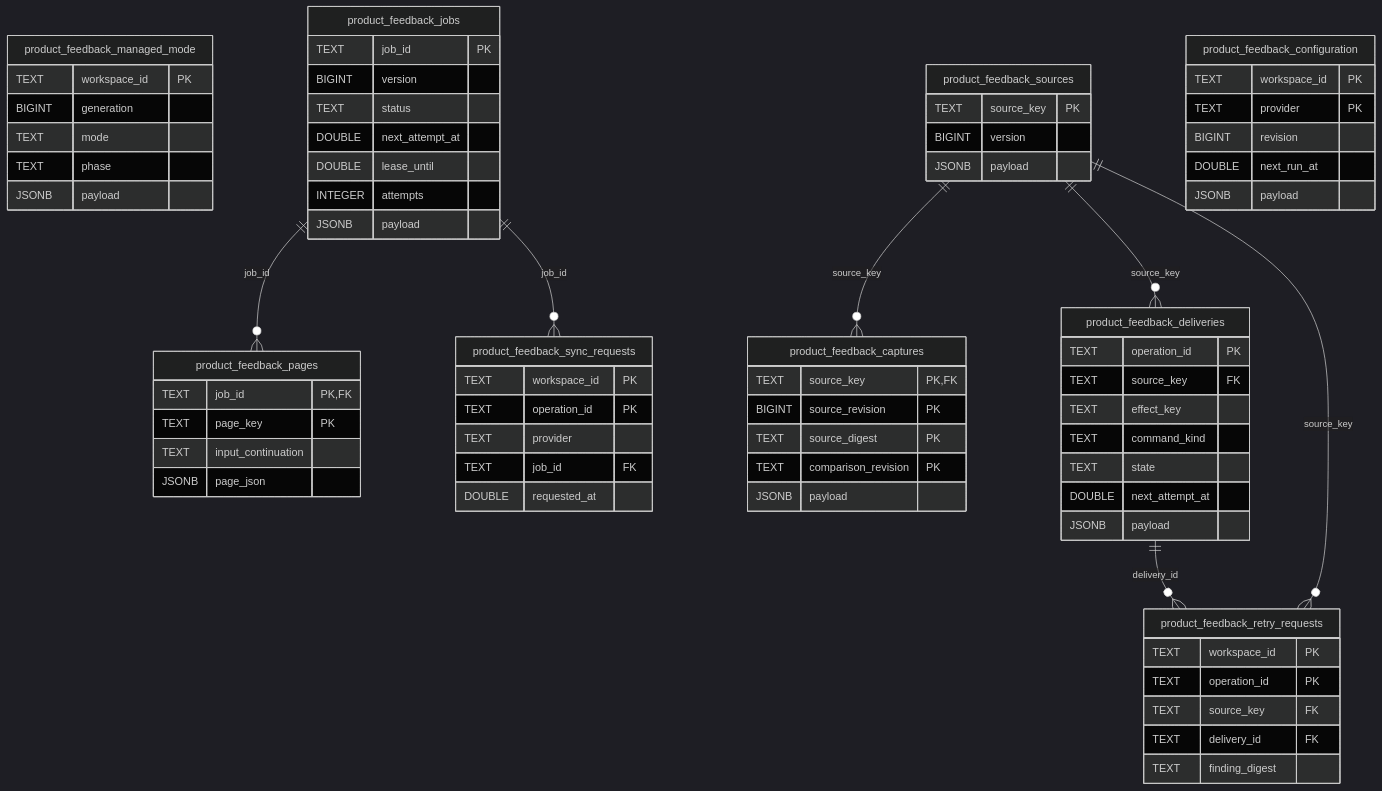
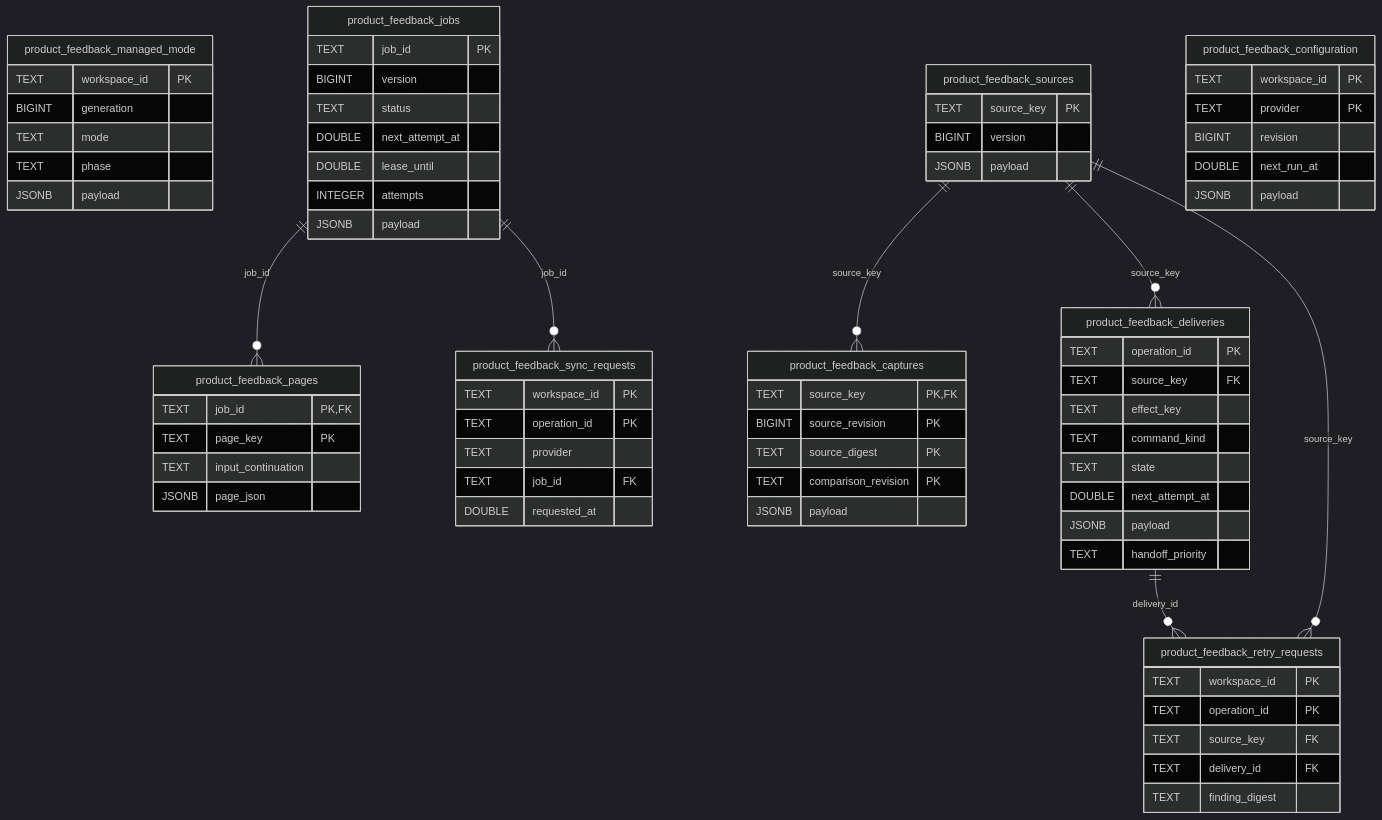
Before and after one commit to aaweaver-actuary/tempo: the second of 2 diagrams in database/tempo_legacy_database/schema/product-game-sync/README.md, drawn with Mermaid (dark theme). The commit also changed other lines of this file and 6 other files, not shown here.

````diff
--- a/database/tempo_legacy_database/schema/product-game-sync/README.md
+++ b/database/tempo_legacy_database/schema/product-game-sync/README.md
@@ -59,73 +59,74 @@
 ```mermaid
 erDiagram
   product_feedback_managed_mode {
     TEXT workspace_id PK
     BIGINT generation
     TEXT mode
     TEXT phase
     JSONB payload
   }
   product_feedback_jobs {
     TEXT job_id PK
     BIGINT version
     TEXT status
     DOUBLE next_attempt_at
     DOUBLE lease_until
     INTEGER attempts
     JSONB payload
   }
   product_feedback_pages {
     TEXT job_id PK,FK
     TEXT page_key PK
     TEXT input_continuation
     JSONB page_json
   }
   product_feedback_sources {
     TEXT source_key PK
     BIGINT version
     JSONB payload
   }
   product_feedback_captures {
     TEXT source_key PK,FK
     BIGINT source_revision PK
     TEXT source_digest PK
     TEXT comparison_revision PK
     JSONB payload
   }
   product_feedback_deliveries {
     TEXT operation_id PK
     TEXT source_key FK
     TEXT effect_key
     TEXT command_kind
     TEXT state
     DOUBLE next_attempt_at
     JSONB payload
+    TEXT handoff_priority
   }
   product_feedback_configuration {
     TEXT workspace_id PK
     TEXT provider PK
     BIGINT revision
     DOUBLE next_run_at
     JSONB payload
   }
   product_feedback_sync_requests {
     TEXT workspace_id PK
     TEXT operation_id PK
     TEXT provider
     TEXT job_id FK
     DOUBLE requested_at
   }
   product_feedback_retry_requests {
     TEXT workspace_id PK
     TEXT operation_id PK
     TEXT source_key FK
     TEXT delivery_id FK
     TEXT finding_digest
   }
   product_feedback_jobs ||--o{ product_feedback_pages : "job_id"
   product_feedback_sources ||--o{ product_feedback_captures : "source_key"
   product_feedback_sources ||--o{ product_feedback_deliveries : "source_key"
   product_feedback_jobs ||--o{ product_feedback_sync_requests : "job_id"
   product_feedback_sources ||--o{ product_feedback_retry_requests : "source_key"
   product_feedback_deliveries ||--o{ product_feedback_retry_requests : "delivery_id"
 ```
````
